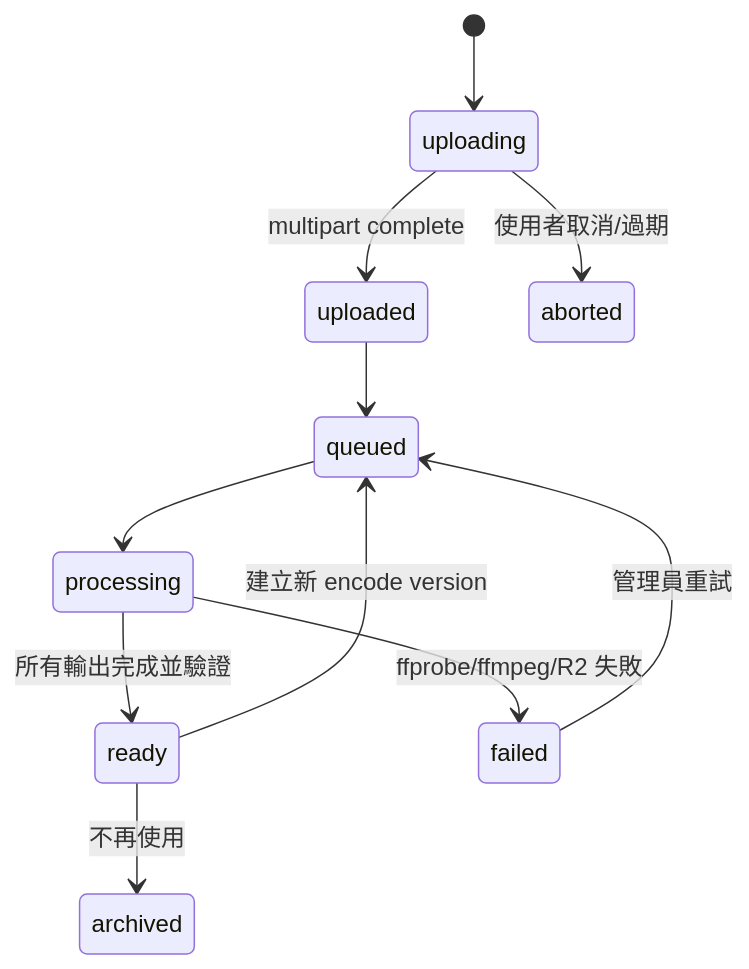
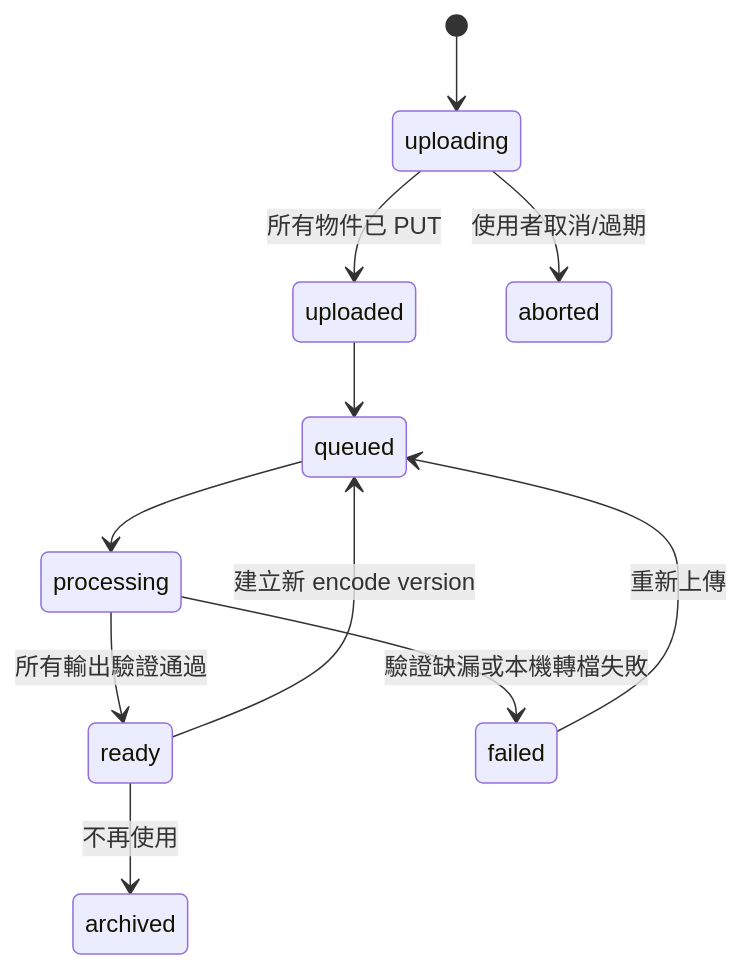
Before and after one commit to infixman/luma_studio: the third of 3 diagrams in docs/changes/plans/20260729-course-commerce-phase4-video-ingestion-pipeline/design.md, drawn with Mermaid. The commit also changed other lines of this file and 10 other files, not shown here.

````diff
--- a/docs/changes/plans/20260729-course-commerce-phase4-video-ingestion-pipeline/design.md
+++ b/docs/changes/plans/20260729-course-commerce-phase4-video-ingestion-pipeline/design.md
@@ -142,13 +149,13 @@
 ```mermaid
 stateDiagram-v2
     [*] --> uploading
-    uploading --> uploaded: multipart complete
+    uploading --> uploaded: 所有物件已 PUT
     uploading --> aborted: 使用者取消/過期
     uploaded --> queued
     queued --> processing
-    processing --> ready: 所有輸出完成並驗證
-    processing --> failed: ffprobe/ffmpeg/R2 失敗
-    failed --> queued: 管理員重試
+    processing --> ready: 所有輸出驗證通過
+    processing --> failed: 驗證缺漏或本機轉檔失敗
+    failed --> queued: 重新上傳
     ready --> queued: 建立新 encode version
     ready --> archived: 不再使用
 ```
````
